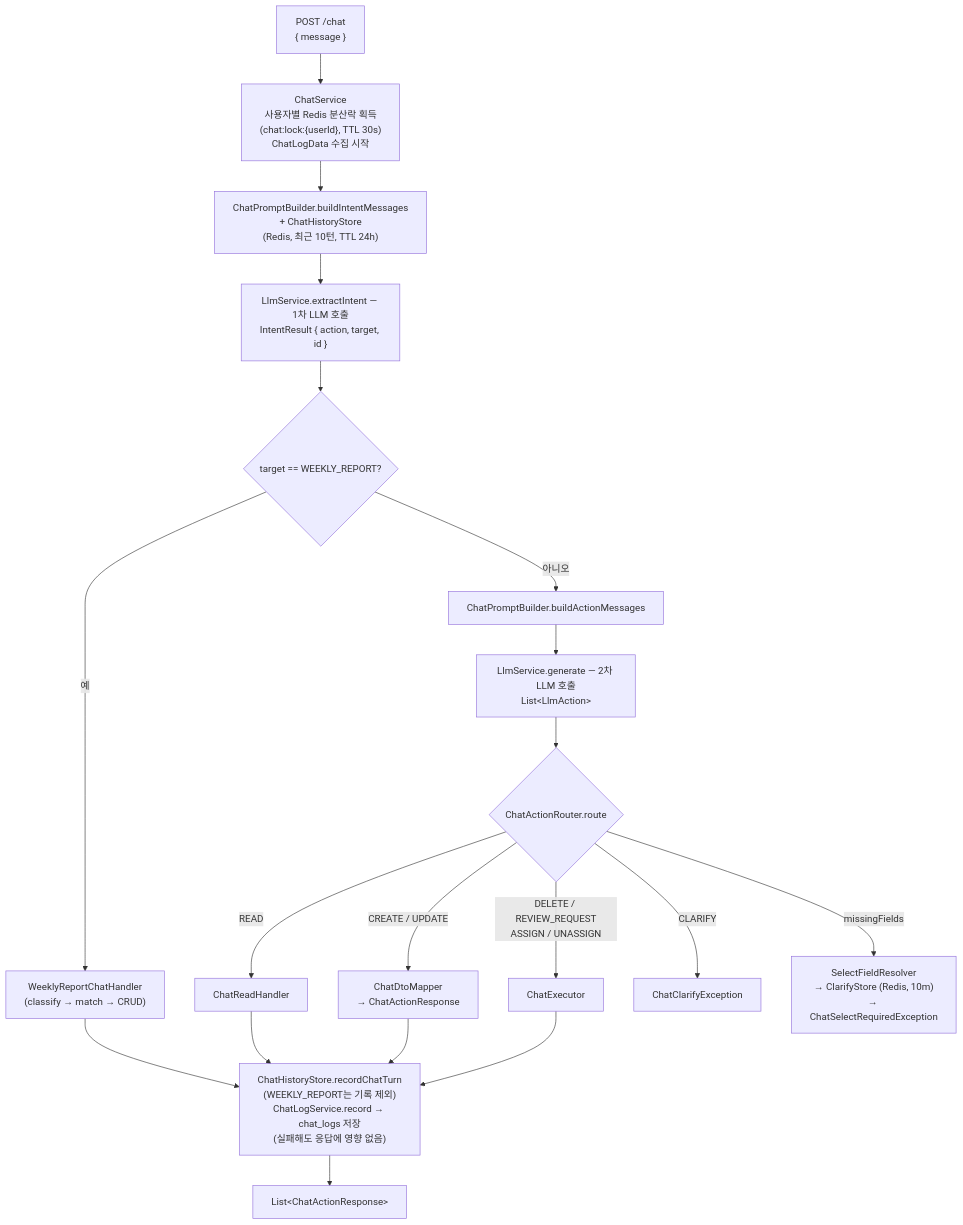
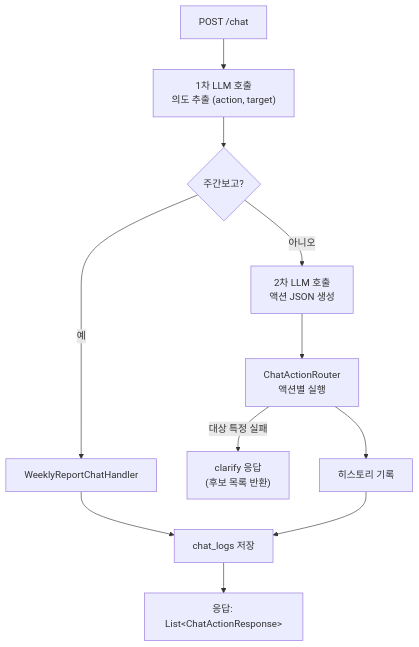
The first of 2 diagrams in docs/llm-chat.md (pluxity/weekly-report-api), drawn with Mermaid before and after one commit. The commit also changed other lines of this file, not shown here.

Commit message:
docs: llm-chat 요청 처리 흐름 다이어그램 단순화

````diff
--- a/docs/llm-chat.md
+++ b/docs/llm-chat.md
@@ -8,24 +8,13 @@
 ```mermaid
 flowchart TD
-    A["POST /chat<br/>{ message }"] --> B["ChatService<br/>사용자별 Redis 분산락 획득<br/>(chat:lock:{userId}, TTL 30s)<br/>ChatLogData 수집 시작"]
-    B --> C["ChatPromptBuilder.buildIntentMessages<br/>+ ChatHistoryStore<br/>(Redis, 최근 10턴, TTL 24h)"]
-    C --> D["LlmService.extractIntent — 1차 LLM 호출<br/>IntentResult { action, target, id }"]
-    D --> E{"target == WEEKLY_REPORT?"}
-
-    E -- 예 --> F["WeeklyReportChatHandler<br/>(classify → match → CRUD)"]
-
-    E -- 아니오 --> G["ChatPromptBuilder.buildActionMessages"]
-    G --> H["LlmService.generate — 2차 LLM 호출<br/>List&lt;LlmAction&gt;"]
-    H --> I{"ChatActionRouter.route"}
-    I -- READ --> J["ChatReadHandler"]
-    I -- "CREATE / UPDATE" --> K["ChatDtoMapper<br/>→ ChatActionResponse"]
-    I -- "DELETE / REVIEW_REQUEST<br/>ASSIGN / UNASSIGN" --> L["ChatExecutor"]
-    I -- CLARIFY --> M["ChatClarifyException"]
-    I -- missingFields --> N["SelectFieldResolver<br/>→ ClarifyStore (Redis, 10m)<br/>→ ChatSelectRequiredException"]
-
-    F --> O["ChatHistoryStore.recordChatTurn<br/>(WEEKLY_REPORT는 기록 제외)<br/>ChatLogService.record → chat_logs 저장<br/>(실패해도 응답에 영향 없음)"]
-    J --> O
-    K --> O
-    L --> O
-    O --> P["List&lt;ChatActionResponse&gt;"]
+    A["POST /chat"] --> B["1차 LLM 호출<br/>의도 추출 (action, target)"]
+    B --> C{"주간보고?"}
+    C -- 예 --> D["WeeklyReportChatHandler"]
+    C -- 아니오 --> E["2차 LLM 호출<br/>액션 JSON 생성"]
+    E --> F["ChatActionRouter<br/>액션별 실행"]
+    F -- "대상 특정 실패" --> G["clarify 응답<br/>(후보 목록 반환)"]
+    F --> H["히스토리 기록"]
+    D --> J["chat_logs 저장"]
+    H --> J
+    J --> I["응답: List&lt;ChatActionResponse&gt;"]
 ```
````
